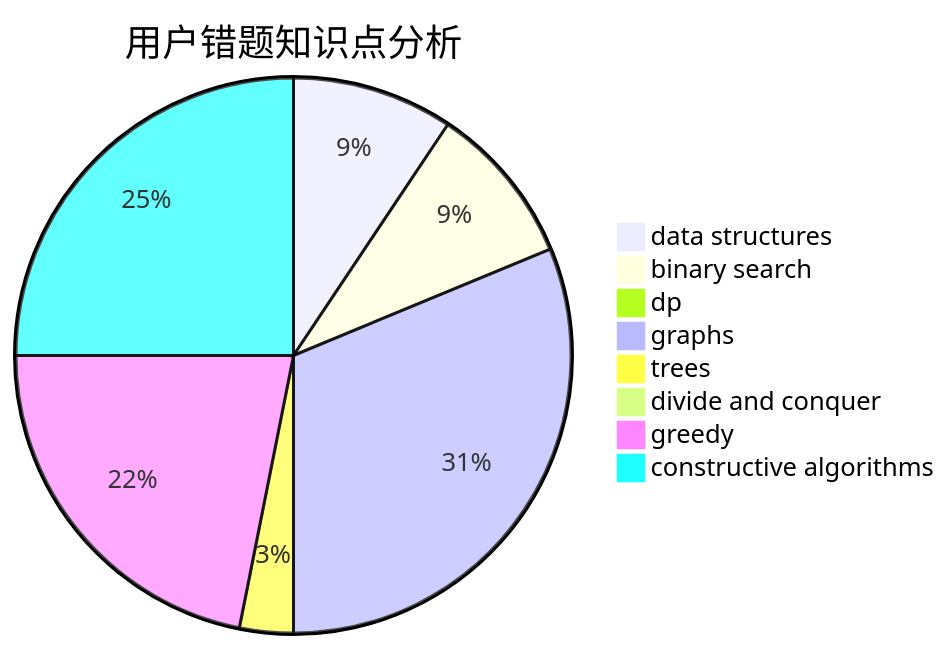
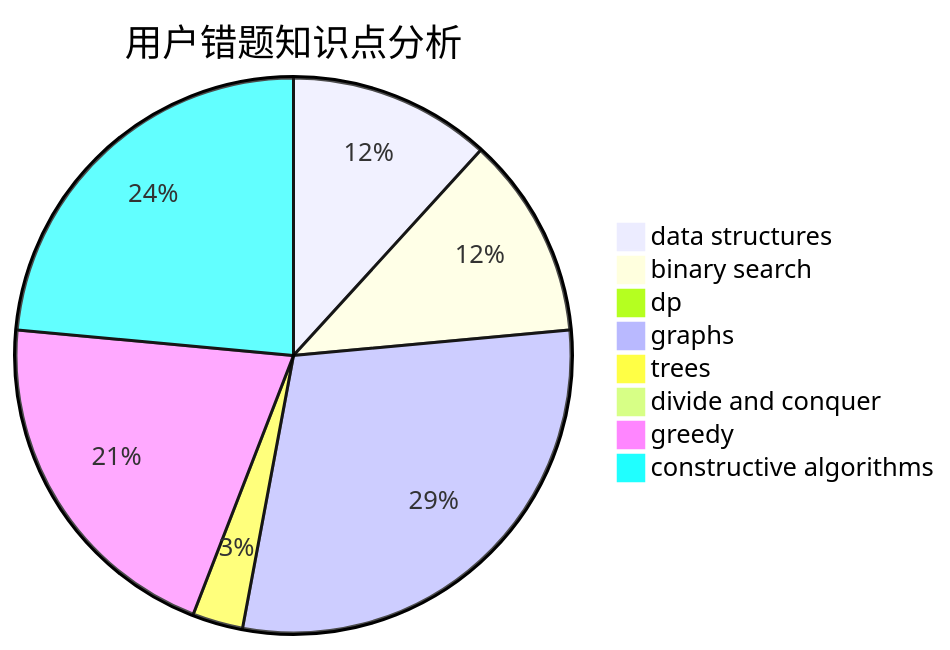
The third of 3 diagrams in docs/user/u295.md (sherpahu/cfrs.github.io), drawn with Mermaid before and after one commit. The commit also changed other lines of this file and 2770 other files, not shown here.

````diff
--- a/docs/user/u295.md
+++ b/docs/user/u295.md
@@ -36,11 +36,11 @@
 ```mermaid
 pie title 用户错题知识点分析
-    "data structures" :  3
-    "binary search" :  3
+    "data structures" :  4
+    "binary search" :  4
     "dp" :  0
     "graphs" :  10
     "trees" :  1
     "divide and conquer" :  0
     "greedy" :  7
     "constructive algorithms" :  8
 ```
````
